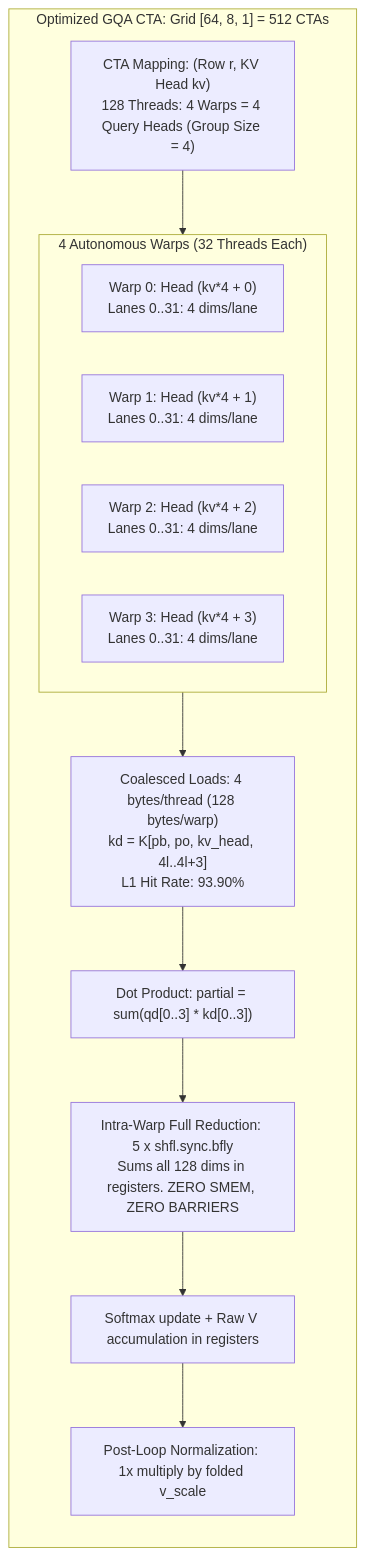
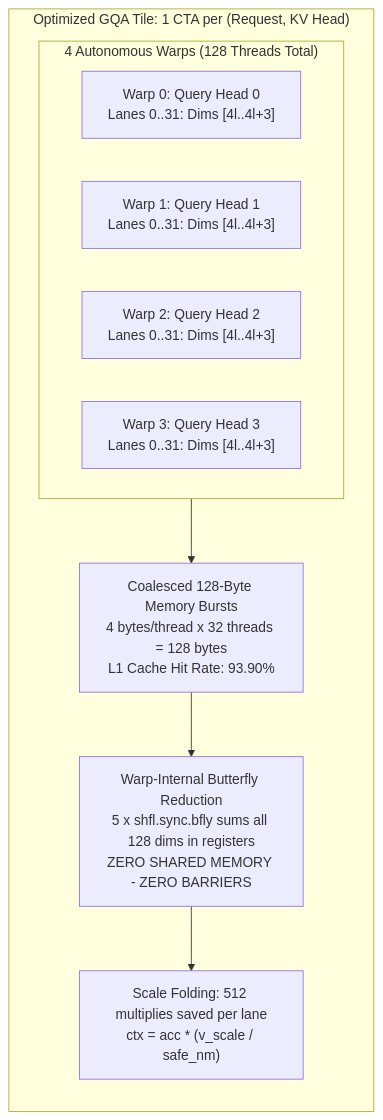
One commit to Ammar-Alnagar/QSA-FP8-SM89 changed the second of 2 diagrams in wrtiteup.md. Above: the diagram before and after it, drawn with Mermaid. The commit also changed other lines of this file, not shown here.

````diff
--- a/wrtiteup.md
+++ b/wrtiteup.md
@@ -113,22 +179,18 @@
 ```mermaid
 flowchart TD
-    subgraph OptCTA ["Optimized GQA CTA: Grid [64, 8, 1] = 512 CTAs"]
+    subgraph OptimizedCTA ["Optimized GQA Tile: 1 CTA per (Request, KV Head)"]
         direction TB
-        O_MAP["CTA Mapping: (Row r, KV Head kv)<br/>128 Threads: 4 Warps = 4 Query Heads (Group Size = 4)"]
-        
-        subgraph Warps ["4 Autonomous Warps (32 Threads Each)"]
-            W0["Warp 0: Head (kv*4 + 0)<br/>Lanes 0..31: 4 dims/lane"]
-            W1["Warp 1: Head (kv*4 + 1)<br/>Lanes 0..31: 4 dims/lane"]
-            W2["Warp 2: Head (kv*4 + 2)<br/>Lanes 0..31: 4 dims/lane"]
-            W3["Warp 3: Head (kv*4 + 3)<br/>Lanes 0..31: 4 dims/lane"]
+        subgraph Warps ["4 Autonomous Warps (128 Threads Total)"]
+            W0["Warp 0: Query Head 0<br/>Lanes 0..31: Dims [4l..4l+3]"]
+            W1["Warp 1: Query Head 1<br/>Lanes 0..31: Dims [4l..4l+3]"]
+            W2["Warp 2: Query Head 2<br/>Lanes 0..31: Dims [4l..4l+3]"]
+            W3["Warp 3: Query Head 3<br/>Lanes 0..31: Dims [4l..4l+3]"]
         end
 
-        O_LOAD["Coalesced Loads: 4 bytes/thread (128 bytes/warp)<br/>kd = K[pb, po, kv_head, 4l..4l+3]<br/>L1 Hit Rate: 93.90%"]
-        O_PART["Dot Product: partial = sum(qd[0..3] * kd[0..3])"]
-        O_SHFL["Intra-Warp Full Reduction: 5 x shfl.sync.bfly<br/>Sums all 128 dims in registers. ZERO SMEM, ZERO BARRIERS"]
-        O_ACC["Softmax update + Raw V accumulation in registers"]
-        O_POST["Post-Loop Normalization: 1x multiply by folded v_scale"]
+        COAL["Coalesced 128-Byte Memory Bursts<br/>4 bytes/thread x 32 threads = 128 bytes<br/>L1 Cache Hit Rate: 93.90%"]
+        REDUCE["Warp-Internal Butterfly Reduction<br/>5 x shfl.sync.bfly sums all 128 dims in registers<br/>ZERO SHARED MEMORY - ZERO BARRIERS"]
+        SCALE["Scale Folding: 512 multiplies saved per lane<br/>ctx = acc * (v_scale / safe_nm)"]
+        
+        Warps --> COAL --> REDUCE --> SCALE
     end
-
-    O_MAP --> Warps --> O_LOAD --> O_PART --> O_SHFL --> O_ACC --> O_POST
 ```
````
